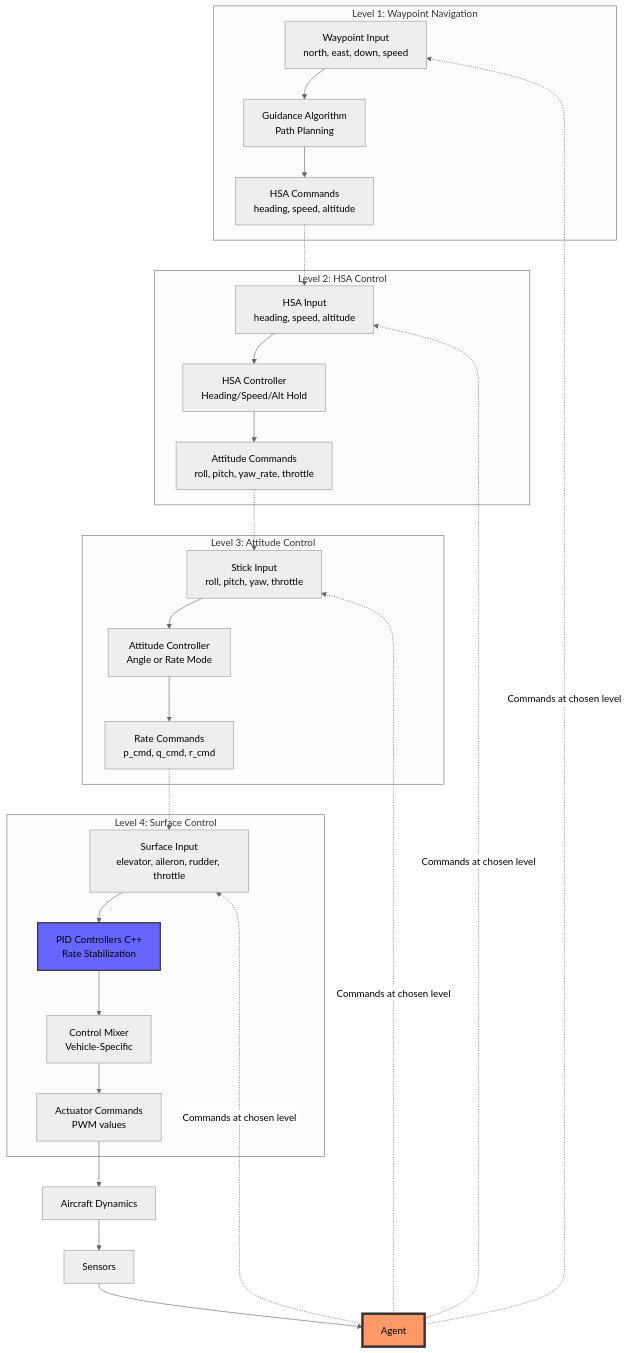
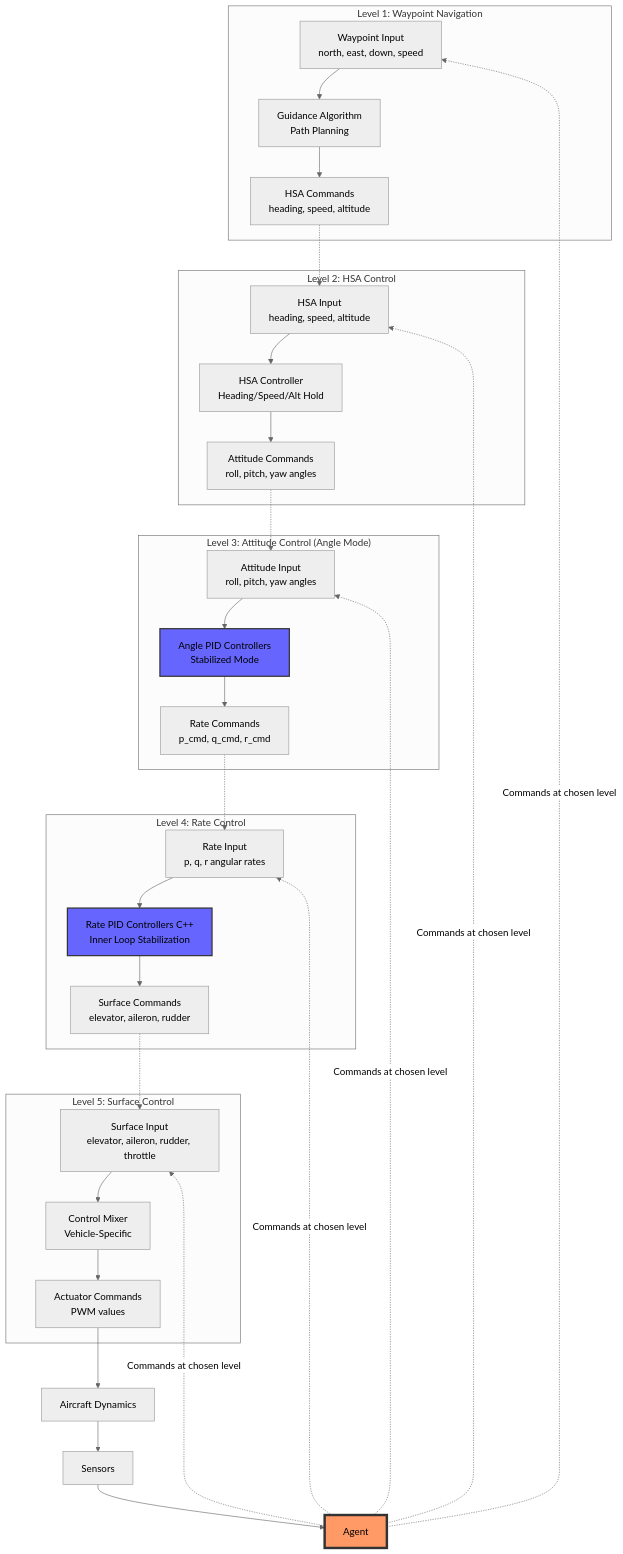
One commit to lhwright13/Hybrid-Classical-and-Reinforcement-Learning-Aircraft-Controllers changed the diagram in design_docs/03_CONTROL_HIERARCHY.md. Above: the diagram before and after it, drawn with Mermaid (neutral theme). The commit also changed other lines of this file and 106 other files, not shown here.

````diff
--- a/design_docs/03_CONTROL_HIERARCHY.md
+++ b/design_docs/03_CONTROL_HIERARCHY.md
@@ -9,46 +11,55 @@
 ```mermaid
 graph TB
     subgraph "Level 1: Waypoint Navigation"
         L1[Waypoint Input<br/>north, east, down, speed]
         L1Guide[Guidance Algorithm<br/>Path Planning]
         L1Out[HSA Commands<br/>heading, speed, altitude]
         L1 --> L1Guide --> L1Out
     end
 
     subgraph "Level 2: HSA Control"
         L2[HSA Input<br/>heading, speed, altitude]
         L2Ctrl[HSA Controller<br/>Heading/Speed/Alt Hold]
-        L2Out[Attitude Commands<br/>roll, pitch, yaw_rate, throttle]
+        L2Out[Attitude Commands<br/>roll, pitch, yaw angles]
         L2 --> L2Ctrl --> L2Out
     end
 
-    subgraph "Level 3: Attitude Control"
-        L3[Stick Input<br/>roll, pitch, yaw, throttle]
-        L3Ctrl[Attitude Controller<br/>Angle or Rate Mode]
+    subgraph "Level 3: Attitude Control (Angle Mode)"
+        L3[Attitude Input<br/>roll, pitch, yaw angles]
+        L3Ctrl[Angle PID Controllers<br/>Stabilized Mode]
         L3Out[Rate Commands<br/>p_cmd, q_cmd, r_cmd]
         L3 --> L3Ctrl --> L3Out
     end
 
-    subgraph "Level 4: Surface Control"
-        L4[Surface Input<br/>elevator, aileron, rudder, throttle]
-        L4PID[PID Controllers C++<br/>Rate Stabilization]
-        L4Mix[Control Mixer<br/>Vehicle-Specific]
-        L4Out[Actuator Commands<br/>PWM values]
-        L4 --> L4PID --> L4Mix --> L4Out
+    subgraph "Level 4: Rate Control"
+        L4[Rate Input<br/>p, q, r angular rates]
+        L4PID[Rate PID Controllers C++<br/>Inner Loop Stabilization]
+        L4Out[Surface Commands<br/>elevator, aileron, rudder]
+        L4 --> L4PID --> L4Out
+    end
+
+    subgraph "Level 5: Surface Control"
+        L5[Surface Input<br/>elevator, aileron, rudder, throttle]
+        L5Mix[Control Mixer<br/>Vehicle-Specific]
+        L5Out[Actuator Commands<br/>PWM values]
+        L5 --> L5Mix --> L5Out
     end
 
     L1Out -.-> L2
     L2Out -.-> L3
     L3Out -.-> L4
+    L4Out -.-> L5
 
-    L4Out --> Aircraft[Aircraft Dynamics]
+    L5Out --> Aircraft[Aircraft Dynamics]
     Aircraft --> Sensors[Sensors]
     Sensors --> Agent[Agent]
     Agent -.->|Commands at chosen level| L1
     Agent -.->|Commands at chosen level| L2
     Agent -.->|Commands at chosen level| L3
     Agent -.->|Commands at chosen level| L4
+    Agent -.->|Commands at chosen level| L5
 
     style Agent fill:#f96,stroke:#333,stroke-width:4px
     style L4PID fill:#66f,stroke:#333,stroke-width:2px
+    style L3Ctrl fill:#66f,stroke:#333,stroke-width:2px
 ```
````
